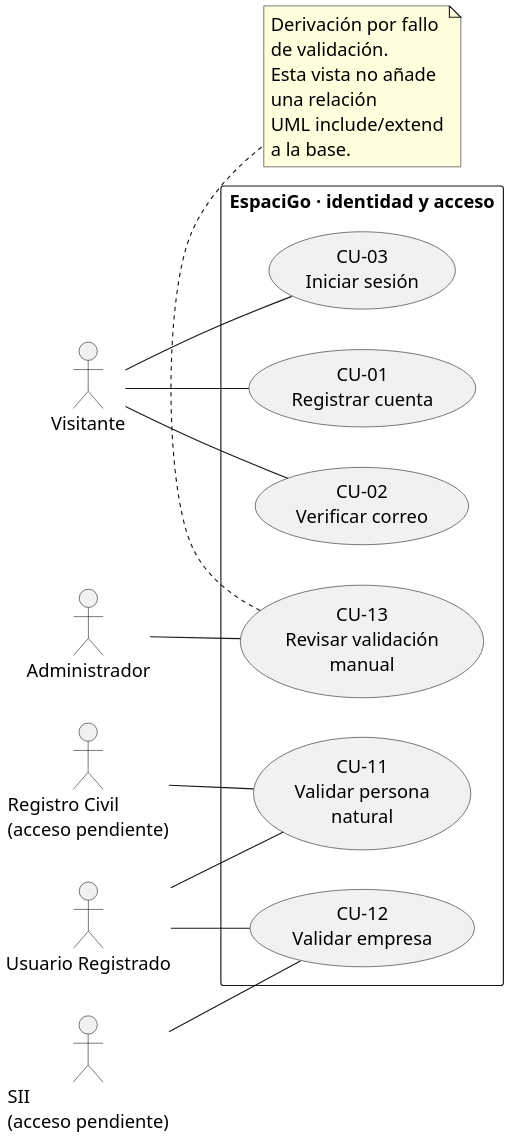
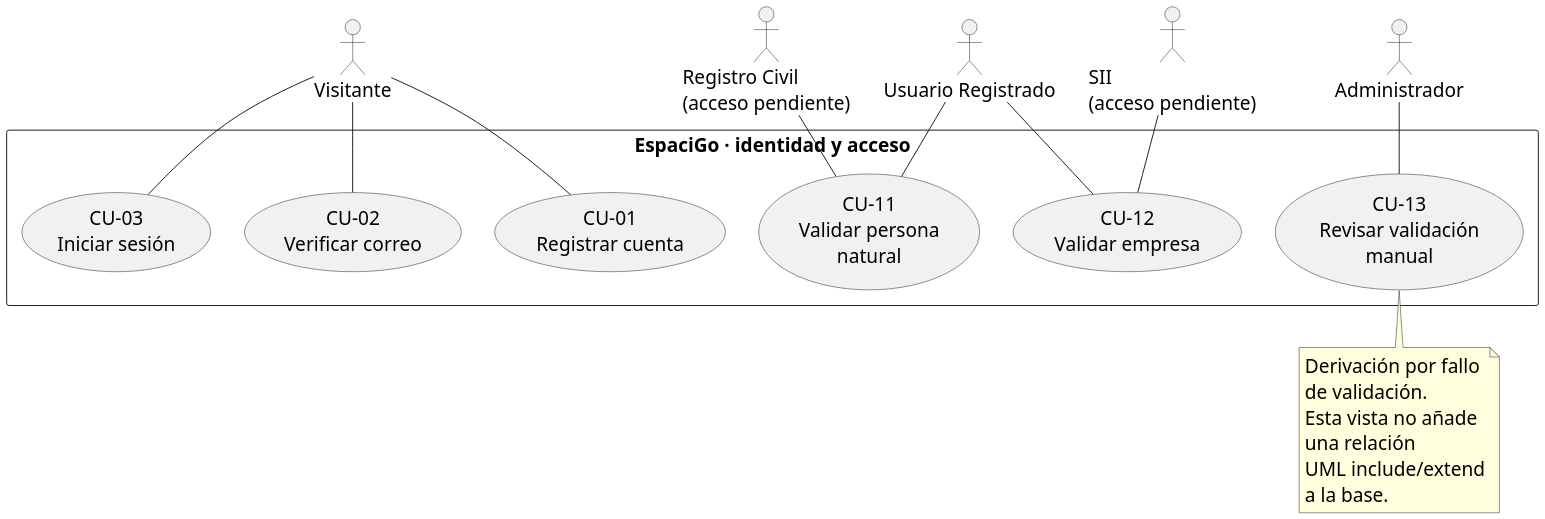
One commit to HernanEspinozaDev/proyectotitulo changed the diagram in Informes/ES2PT/diagramas/cu_identidad.puml. Above: the diagram before and after it, drawn with PlantUML. The commit also changed 113 other files, not shown here.

```diff
--- a/Informes/ES2PT/diagramas/cu_identidad.puml
+++ b/Informes/ES2PT/diagramas/cu_identidad.puml
@@ -1,35 +1,34 @@
 @startuml
-skinparam dpi 180
+skinparam dpi 150
 skinparam shadowing false
 skinparam defaultFontName Arial
-skinparam defaultFontSize 16
+skinparam defaultFontSize 20
 skinparam backgroundColor white
-skinparam wrapWidth 160
-left to right direction
+skinparam wrapWidth 200
 actor Visitante as V
 actor "Usuario Registrado" as U
 actor Administrador as A
 actor "Registro Civil\n(acceso pendiente)" as RC
 actor "SII\n(acceso pendiente)" as SII
 rectangle "EspaciGo · identidad y acceso" {
 usecase "CU-01\nRegistrar cuenta" as C1
 usecase "CU-02\nVerificar correo" as C2
 usecase "CU-03\nIniciar sesión" as C3
 usecase "CU-11\nValidar persona natural" as C11
 usecase "CU-12\nValidar empresa" as C12
 usecase "CU-13\nRevisar validación manual" as C13
 }
 V -- C1
 V -- C2
 V -- C3
 U -- C11
 U -- C12
 A -- C13
 RC -- C11
 SII -- C12
 note bottom of C13
 Derivación por fallo de validación.
 Esta vista no añade una relación
 UML include/extend a la base.
 end note
 @enduml
```
